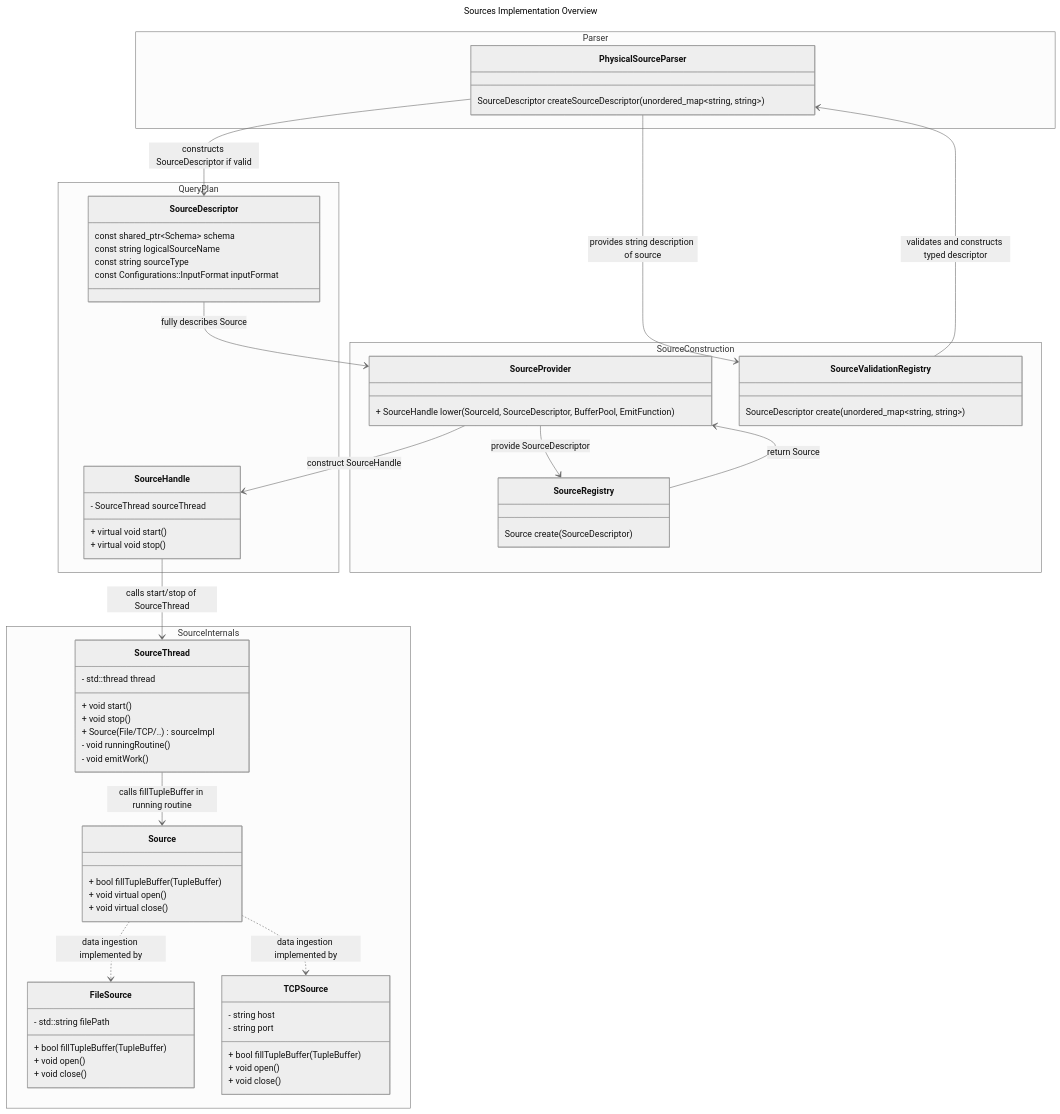
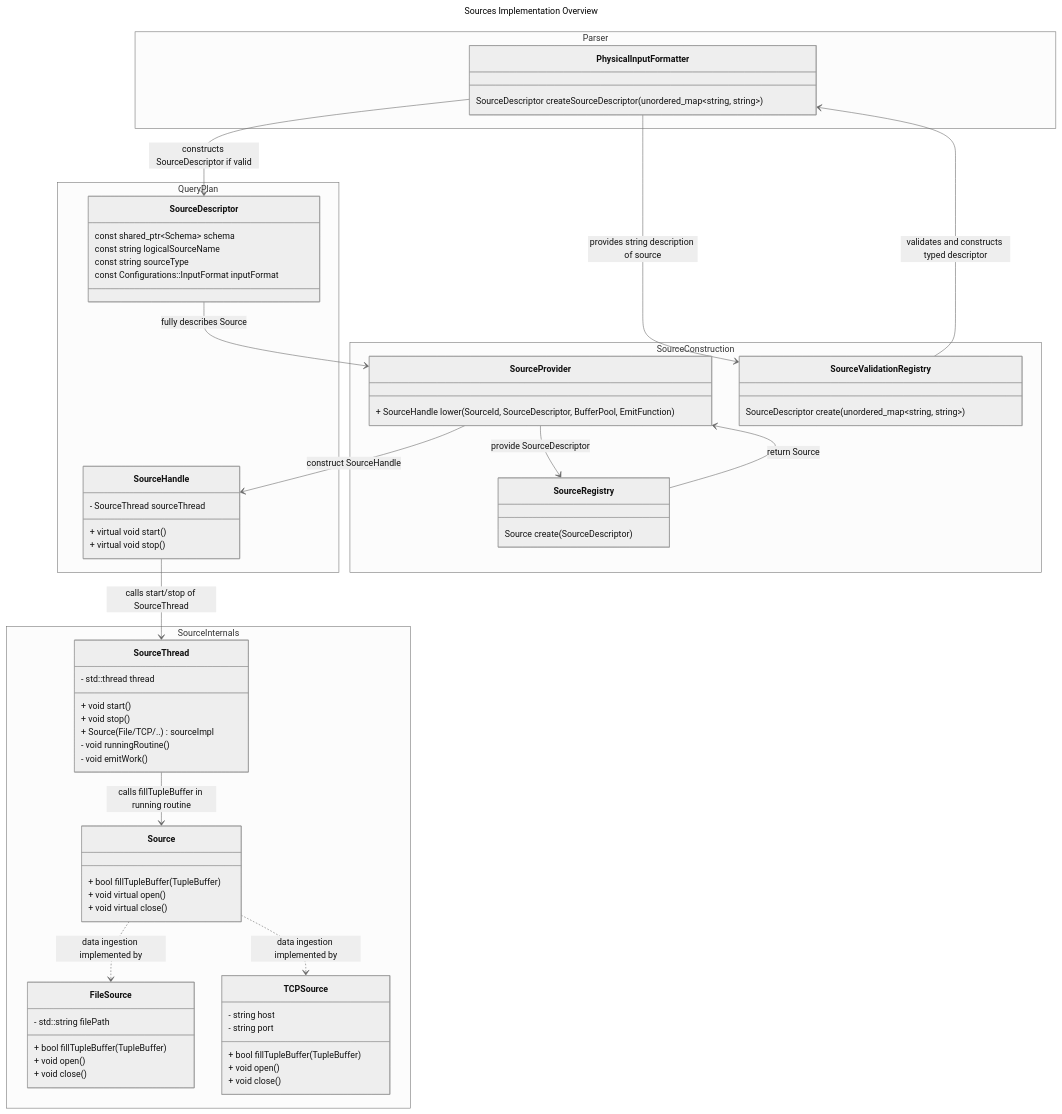
Before and after one commit to nebulastream/nebulastream: the diagram in nes-sources/src/ClassHierarchy.md, drawn with Mermaid (neutral theme). The commit also changed 17 other files, not shown here.

Commit message:
refactor(Naming): Renamed SourceParser to InputFormatter

````diff
--- a/nes-sources/src/ClassHierarchy.md
+++ b/nes-sources/src/ClassHierarchy.md
@@ -12,81 +12,81 @@
 ```mermaid
 ---
 title: Sources Implementation Overview
 ---
 classDiagram
     SourceHandle --> SourceThread : calls start/stop of SourceThread
     SourceThread --> Source : calls fillTupleBuffer in running routine
     Source ..> FileSource : data ingestion implemented by
     Source ..> TCPSource : data ingestion implemented by
     SourceProvider --> SourceRegistry : provide SourceDescriptor
     SourceRegistry --> SourceProvider : return Source
     SourceProvider --> SourceHandle : construct SourceHandle
     SourceDescriptor --> SourceProvider : fully describes Source
-    PhysicalSourceParser --> SourceValidationRegistry : provides string description of source
-    SourceValidationRegistry --> PhysicalSourceParser : validates and constructs typed descriptor
-    PhysicalSourceParser --> SourceDescriptor : constructs SourceDescriptor if valid
+    PhysicalInputFormatter --> SourceValidationRegistry : provides string description of source
+    SourceValidationRegistry --> PhysicalInputFormatter : validates and constructs typed descriptor
+    PhysicalInputFormatter --> SourceDescriptor : constructs SourceDescriptor if valid
     
     namespace Parser {
-        class PhysicalSourceParser {
+        class PhysicalInputFormatter {
             SourceDescriptor createSourceDescriptor(unordered_map~string, string~)
         }
     }
     namespace QueryPlan {
         class SourceDescriptor {
             const shared_ptr~Schema~ schema
             const string logicalSourceName
             const string sourceType
             const Configurations::InputFormat inputFormat
         }
         class SourceHandle {
             + virtual void start()
             + virtual void stop()
             - SourceThread sourceThread
         }
     }
     namespace SourceConstruction {
         class SourceProvider {
             + SourceHandle lower(SourceId, SourceDescriptor, BufferPool, EmitFunction)
         }
 
         class SourceRegistry {
             Source create(SourceDescriptor)
         }
 
         class SourceValidationRegistry {
             SourceDescriptor create(unordered_map~string, string~)
         }
     }
 
     namespace SourceInternals {
         class SourceThread {
             + void start()
             + void stop()
             + Source(File/TCP/..) sourceImpl
             - std::thread thread
             - void runningRoutine()
             - void emitWork()
         }
     %% Source is the interface for the PluginRegistry for sources
         class Source {
             + bool fillTupleBuffer(TupleBuffer)
             + void virtual open()
             + void virtual close()
         }
 
         class FileSource {
             + bool fillTupleBuffer(TupleBuffer)
             + void open()
             + void close()
             - std::string filePath
         }
 
         class TCPSource {
             + bool fillTupleBuffer(TupleBuffer)
             + void open()
             + void close()
             - string host
             - string port
         }
     }
 ```
````
